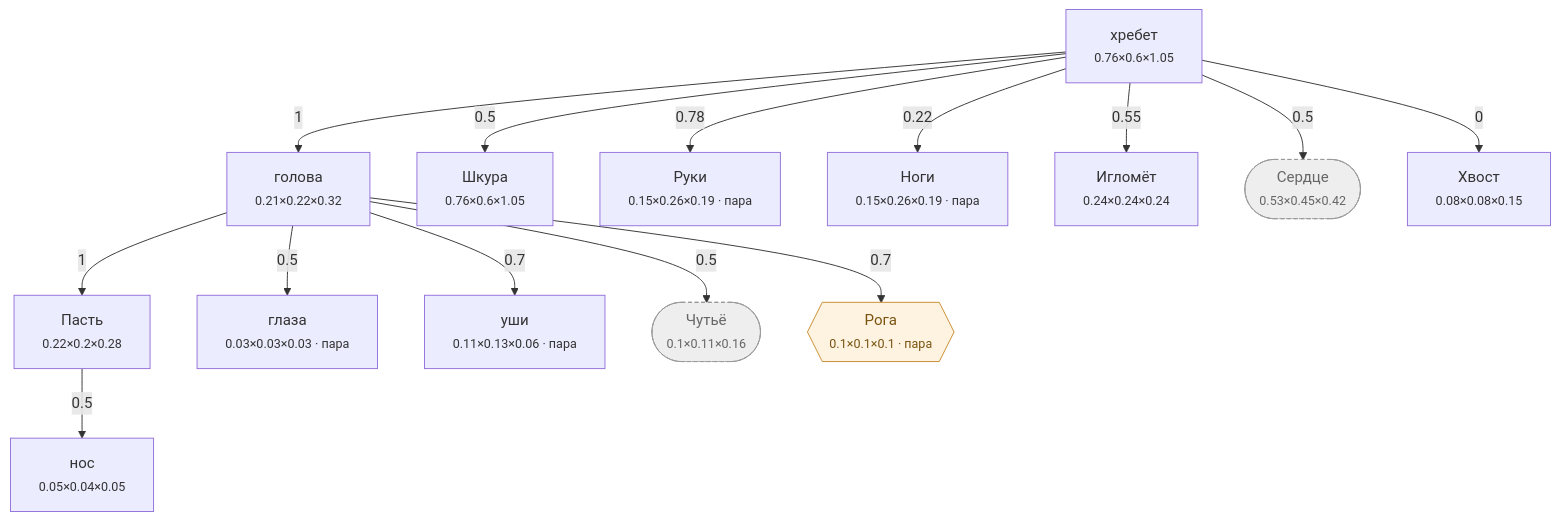
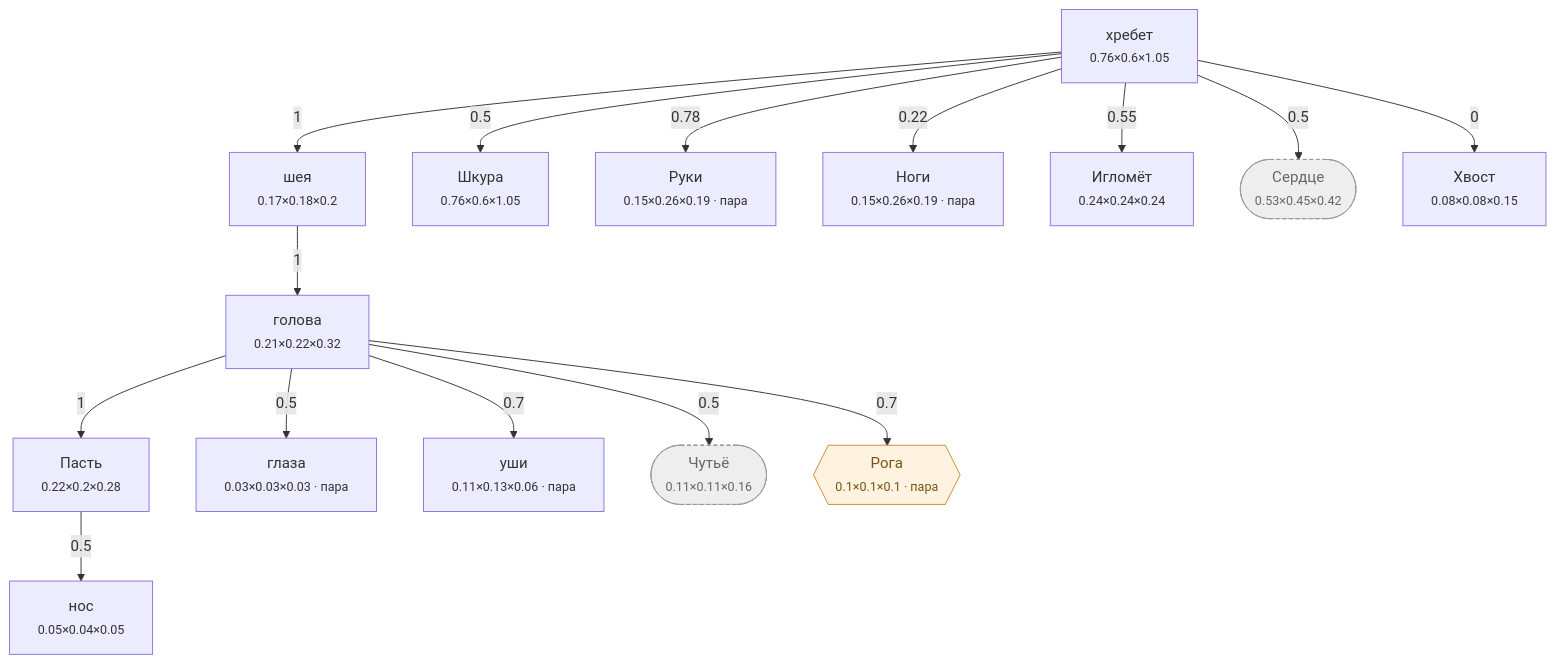
Before and after one commit to darklordshish/ChimeraEvolution-2026-06-26_15-29-59: the diagram in Docs/Диаграммы/Ёж.md, drawn with Mermaid. The commit also changed other lines of this file and 9 other files, not shown here.

First line of the commit message:
Ежу добавлена шея; данные видов и схемы перегенерированы

````diff
--- a/Docs/Диаграммы/Ёж.md
+++ b/Docs/Диаграммы/Ёж.md
@@ -22,37 +23,39 @@
 ```mermaid
 flowchart TD
     n0["хребет<br/><small>0.76×0.6×1.05</small>"]
-    n1["голова<br/><small>0.21×0.22×0.32</small>"]
-    n2["нос<br/><small>0.05×0.04×0.05</small>"]
-    n3["Пасть<br/><small>0.22×0.2×0.28</small>"]
-    n4["глаза<br/><small>0.03×0.03×0.03 · пара</small>"]
-    n5["уши<br/><small>0.11×0.13×0.06 · пара</small>"]
-    n6["Шкура<br/><small>0.76×0.6×1.05</small>"]
-    n7["Руки<br/><small>0.15×0.26×0.19 · пара</small>"]
-    n8["Ноги<br/><small>0.15×0.26×0.19 · пара</small>"]
-    n9["Игломёт<br/><small>0.24×0.24×0.24</small>"]
-    n10(["Сердце<br/><small>0.53×0.45×0.42</small>"])
-    n11(["Чутьё<br/><small>0.1×0.11×0.16</small>"])
-    n12["Хвост<br/><small>0.08×0.08×0.15</small>"]
-    n13{{"Рога<br/><small>0.1×0.1×0.1 · пара</small>"}}
+    n1["шея<br/><small>0.17×0.18×0.2</small>"]
+    n2["голова<br/><small>0.21×0.22×0.32</small>"]
+    n3["нос<br/><small>0.05×0.04×0.05</small>"]
+    n4["Пасть<br/><small>0.22×0.2×0.28</small>"]
+    n5["глаза<br/><small>0.03×0.03×0.03 · пара</small>"]
+    n6["уши<br/><small>0.11×0.13×0.06 · пара</small>"]
+    n7["Шкура<br/><small>0.76×0.6×1.05</small>"]
+    n8["Руки<br/><small>0.15×0.26×0.19 · пара</small>"]
+    n9["Ноги<br/><small>0.15×0.26×0.19 · пара</small>"]
+    n10["Игломёт<br/><small>0.24×0.24×0.24</small>"]
+    n11(["Сердце<br/><small>0.53×0.45×0.42</small>"])
+    n12(["Чутьё<br/><small>0.11×0.11×0.16</small>"])
+    n13["Хвост<br/><small>0.08×0.08×0.15</small>"]
+    n14{{"Рога<br/><small>0.1×0.1×0.1 · пара</small>"}}
 
     n0 -->|1| n1
-    n3 -->|0.5| n2
-    n1 -->|1| n3
-    n1 -->|0.5| n4
-    n1 -->|0.7| n5
-    n0 -->|0.5| n6
-    n0 -->|0.78| n7
-    n0 -->|0.22| n8
-    n0 -->|0.55| n9
-    n0 -->|0.5| n10
-    n1 -->|0.5| n11
-    n0 -->|0| n12
-    n1 -->|0.7| n13
+    n1 -->|1| n2
+    n4 -->|0.5| n3
+    n2 -->|1| n4
+    n2 -->|0.5| n5
+    n2 -->|0.7| n6
+    n0 -->|0.5| n7
+    n0 -->|0.78| n8
+    n0 -->|0.22| n9
+    n0 -->|0.55| n10
+    n0 -->|0.5| n11
+    n2 -->|0.5| n12
+    n0 -->|0| n13
+    n2 -->|0.7| n14
 
     classDef hid fill:#eee,stroke:#999,stroke-dasharray:4 3,color:#666
     classDef gr fill:#fdf3e0,stroke:#c98a2b,color:#7a5310
     classDef ch fill:#e8f2ff,stroke:#3b74c4,color:#1c3f70
-    class n10,n11 hid
-    class n13 gr
+    class n11,n12 hid
+    class n14 gr
 ```
````
